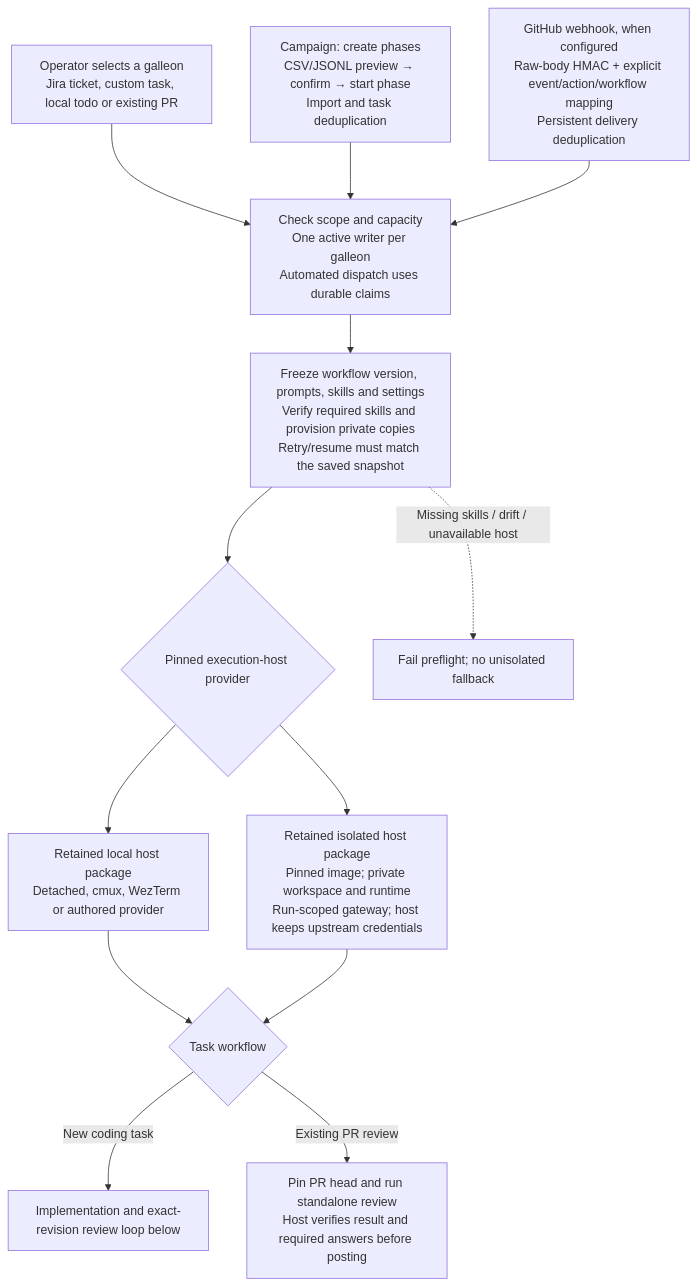
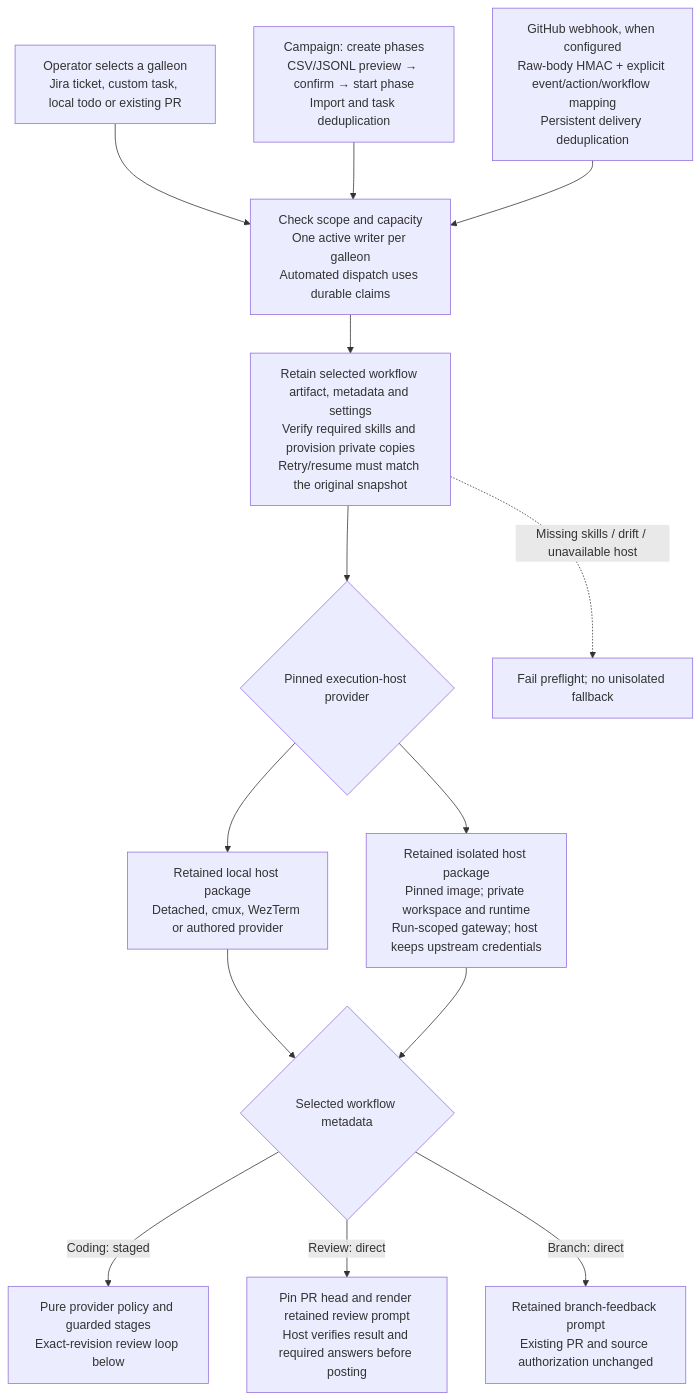
Before and after one commit to nloehlein-godaddy/helmsman: diagram 19 of 21 in docs/helmsman-process.md, drawn with Mermaid. The commit also changed other lines of this file and 73 other files, not shown here.

Commit message:
feat(plugins): extract retained workflow prompts and stage policy

````diff
--- a/docs/helmsman-process.md
+++ b/docs/helmsman-process.md
@@ -404,15 +427,16 @@
 ```mermaid
 flowchart TD
     Manual[Operator selects a galleon<br/>Jira ticket, custom task, local todo or existing PR] --> Dispatch
     Campaign[Campaign: create phases<br/>CSV/JSONL preview → confirm → start phase<br/>Import and task deduplication] --> Dispatch
     Webhook[GitHub webhook, when configured<br/>Raw-body HMAC + explicit event/action/workflow mapping<br/>Persistent delivery deduplication] --> Dispatch
-    Dispatch[Check scope and capacity<br/>One active writer per galleon<br/>Automated dispatch uses durable claims] --> Snapshot[Freeze workflow version, prompts, skills and settings<br/>Verify required skills and provision private copies<br/>Retry/resume must match the saved snapshot]
+    Dispatch[Check scope and capacity<br/>One active writer per galleon<br/>Automated dispatch uses durable claims] --> Snapshot[Retain selected workflow artifact, metadata and settings<br/>Verify required skills and provision private copies<br/>Retry/resume must match the original snapshot]
     Snapshot --> Host{Pinned execution-host provider}
     Host --> Local[Retained local host package<br/>Detached, cmux, WezTerm or authored provider]
     Host --> Docker[Retained isolated host package<br/>Pinned image; private workspace and runtime<br/>Run-scoped gateway; host keeps upstream credentials]
-    Local --> Workflow{Task workflow}
+    Local --> Workflow{Selected workflow metadata}
     Docker --> Workflow
-    Workflow -->|New coding task| Coding[Implementation and exact-revision review loop below]
-    Workflow -->|Existing PR review| Review[Pin PR head and run standalone review<br/>Host verifies result and required answers before posting]
+    Workflow -->|Coding: staged| Coding[Pure provider policy and guarded stages<br/>Exact-revision review loop below]
+    Workflow -->|Review: direct| Review[Pin PR head and render retained review prompt<br/>Host verifies result and required answers before posting]
+    Workflow -->|Branch: direct| Branch[Retained branch-feedback prompt<br/>Existing PR and source authorization unchanged]
     Snapshot -.->|Missing skills / drift / unavailable host| Block[Fail preflight; no unisolated fallback]
 ```
````
